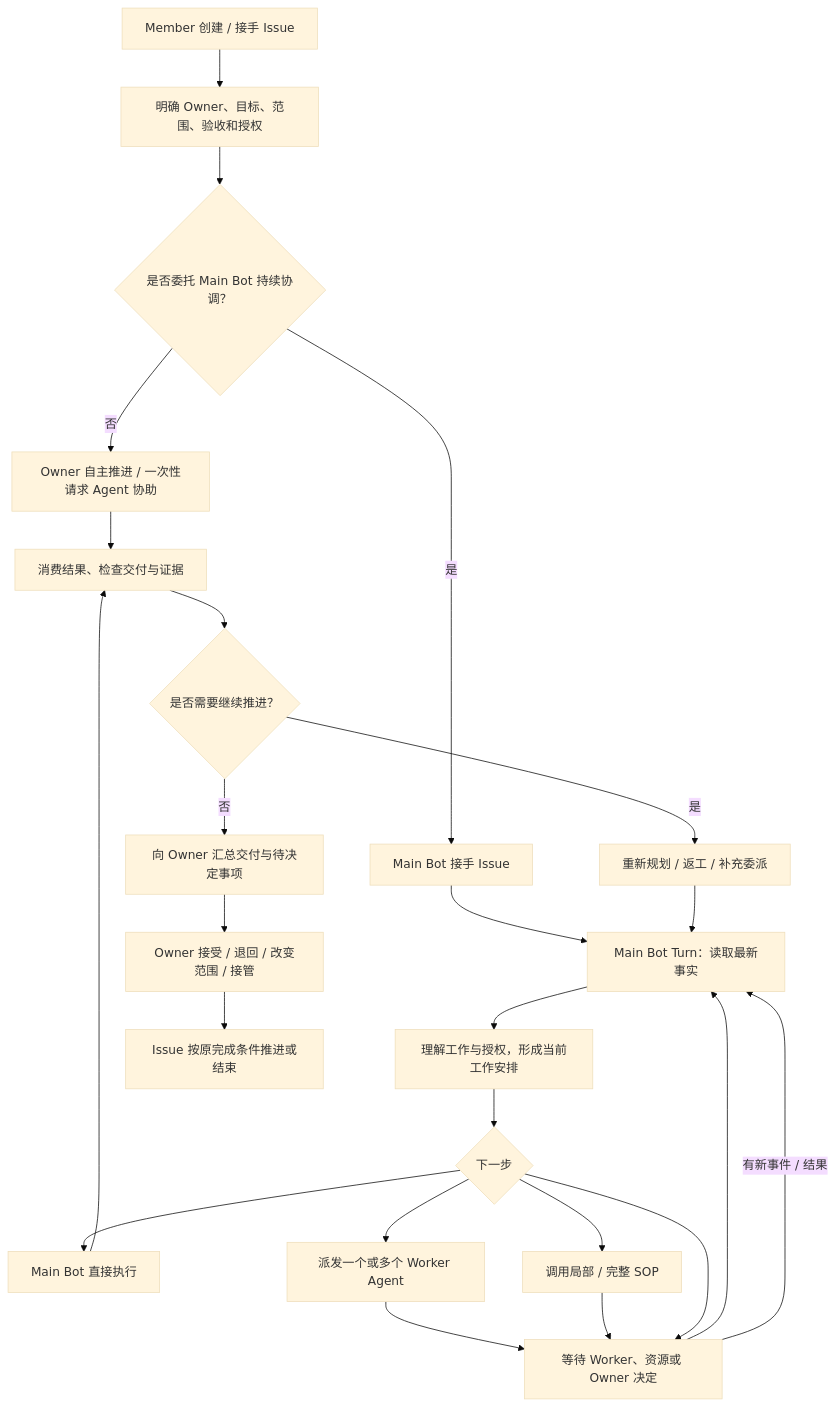
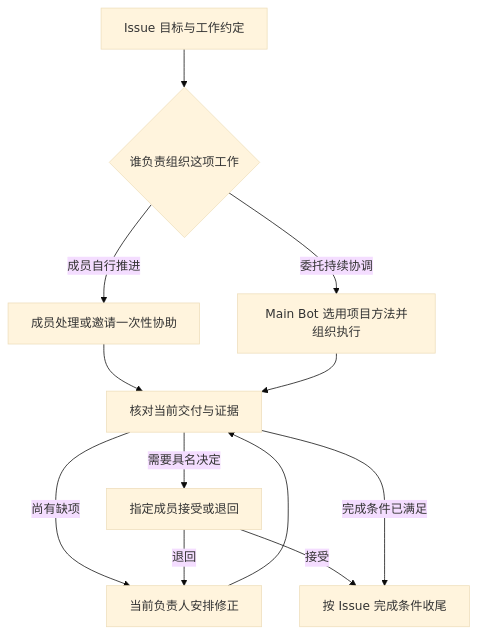
Before and after one commit to ScWen7/Issues: the first of 2 diagrams in docs/research/mainbot-lifecycle-and-progress.md, drawn with Mermaid (base theme). The commit also changed other lines of this file and 2 other files, not shown here.

Commit message:
docs: align delegated coordination with team delivery goals

```diff
--- a/docs/research/mainbot-lifecycle-and-progress.md
+++ b/docs/research/mainbot-lifecycle-and-progress.md
@@ -20,32 +20,14 @@
 ~~~mermaid
 flowchart TD
-  A["Member 创建 / 接手 Issue"]
-  B["明确 Owner、目标、范围、验收和授权"]
-  C{"是否委托 Main Bot 持续协调？"}
-  D["Owner 自主推进 / 一次性请求 Agent 协助"]
-  E["Main Bot 接手 Issue"]
-  F["Main Bot Turn：读取最新事实"]
-  G["理解工作与授权，形成当前工作安排"]
-  H{"下一步"}
-  I["Main Bot 直接执行"]
-  J["派发一个或多个 Worker Agent"]
-  K["调用局部 / 完整 SOP"]
-  L["等待 Worker、资源或 Owner 决定"]
-  M["消费结果、检查交付与证据"]
-  N{"是否需要继续推进？"}
-  O["重新规划 / 返工 / 补充委派"]
-  P["向 Owner 汇总交付与待决定事项"]
-  Q["Owner 接受 / 退回 / 改变范围 / 接管"]
-  R["Issue 按原完成条件推进或结束"]
-  A --> B --> C
-  C -->|否| D --> M
-  C -->|是| E --> F --> G --> H
-  H --> I --> M
-  H --> J --> L --> F
-  H --> K --> L
-  H --> L
-  L -->|有新事件 / 结果| F
-  M --> N
-  N -->|是| O --> F
-  N -->|否| P --> Q --> R
+  I["Issue 目标与工作约定"] --> A{"谁负责组织这项工作"}
+  A -->|"成员自行推进"| H["成员处理或邀请一次性协助"]
+  A -->|"委托持续协调"| M["Main Bot 选用项目方法并组织执行"]
+  H --> C["核对当前交付与证据"]
+  M --> C
+  C -->|"尚有缺项"| R["当前负责人安排修正"]
+  R --> C
+  C -->|"需要具名决定"| D["指定成员接受或退回"]
+  D -->|"退回"| R
+  D -->|"接受"| E["按 Issue 完成条件收尾"]
+  C -->|"完成条件已满足"| E
 ~~~
```
